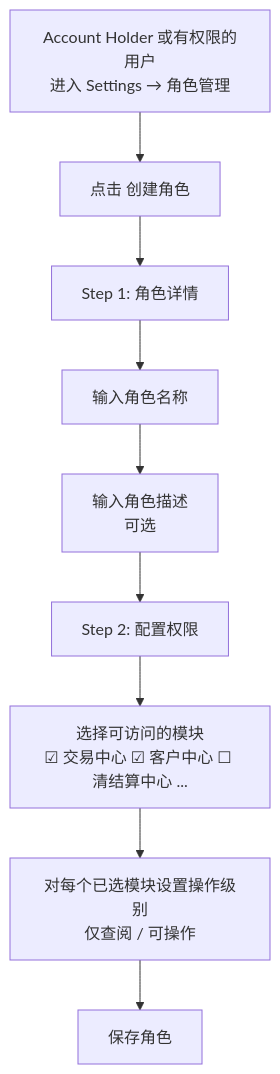
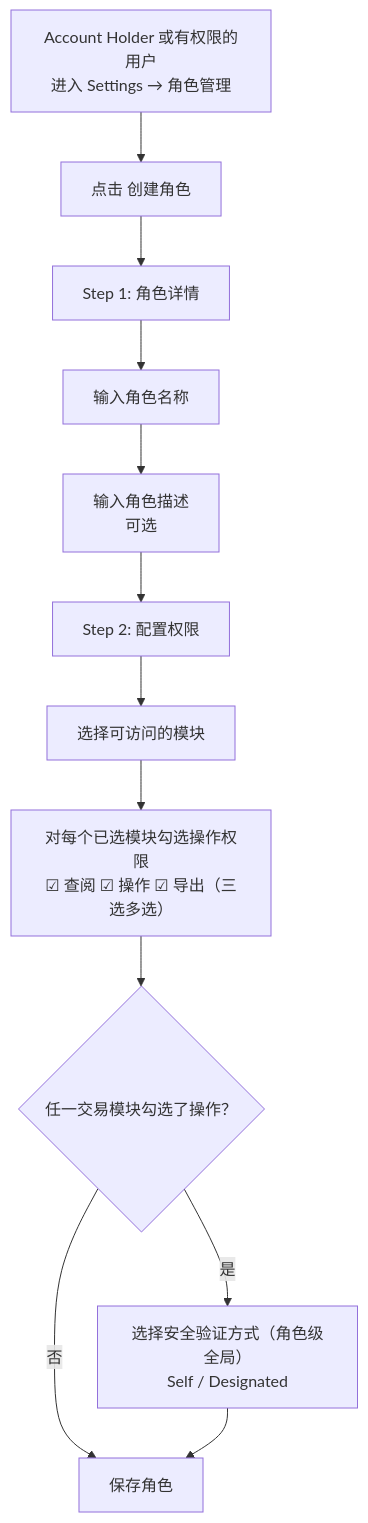
The seventh of 14 diagrams in USERPERMISSIONS/prd/Users-Roles-Permissions.md (xiaoxiaoangie/EX-NEW), drawn with Mermaid before and after one commit. The commit also changed other lines of this file and 3 other files, not shown here.

````diff
--- a/USERPERMISSIONS/prd/Users-Roles-Permissions.md
+++ b/USERPERMISSIONS/prd/Users-Roles-Permissions.md
@@ -613,14 +605,16 @@
 ```mermaid
 flowchart TD
     A[Account Holder 或有权限的用户<br/>进入 Settings → 角色管理] --> B[点击 创建角色]
 
     B --> C[Step 1: 角色详情]
     C --> C1[输入角色名称]
     C1 --> C2[输入角色描述<br/>可选]
 
     C2 --> D[Step 2: 配置权限]
-    D --> D1["选择可访问的模块<br/>☑ 交易中心 ☑ 客户中心 ☐ 清结算中心 ..."]
-    D1 --> D2["对每个已选模块设置操作级别<br/>仅查阅 / 可操作"]
-
-    D2 --> E[保存角色]
+    D --> D1["选择可访问的模块"]
+    D1 --> D2["对每个已选模块勾选操作权限<br/>☑ 查阅 ☑ 操作 ☑ 导出（三选多选）"]
+    D2 --> D3{"任一交易模块勾选了操作？"}
+    D3 -->|是| D4["选择安全验证方式（角色级全局）<br/>Self / Designated"]
+    D3 -->|否| E
+    D4 --> E[保存角色]
 ```
````
